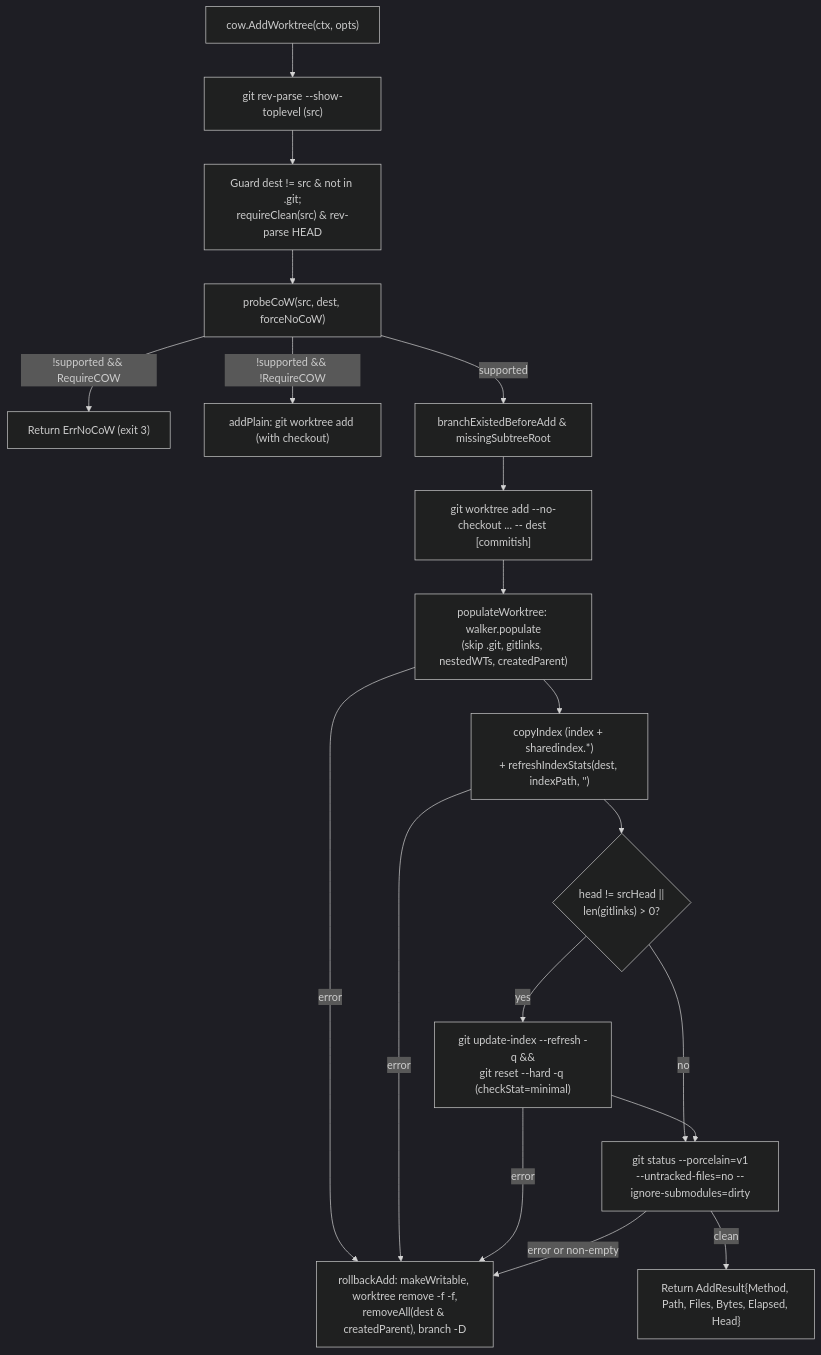
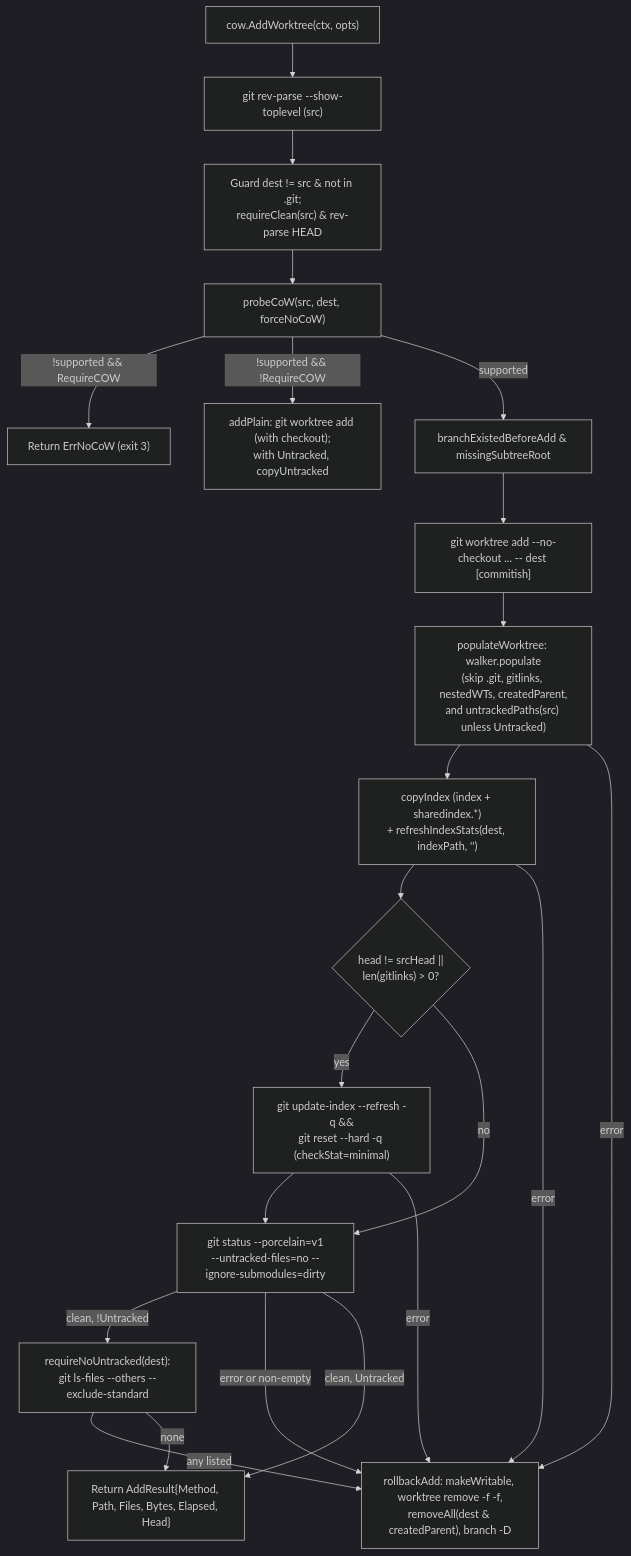
Before and after one commit to Roasbeef/git-cow: the fifth of 8 diagrams in docs/architecture.md, drawn with Mermaid (dark theme). The commit also changed other lines of this file and 1 other file, not shown here.

First line of the commit message:
docs: describe add leaving untracked files behind

````diff
--- a/docs/architecture.md
+++ b/docs/architecture.md
@@ -148,21 +148,24 @@
 ```mermaid
 flowchart TD
     Start["cow.AddWorktree(ctx, opts)"] --> Top["git rev-parse --show-toplevel (src)"]
     Top --> Clean["Guard dest != src & not in .git;<br/>requireClean(src) & rev-parse HEAD"]
     Clean --> Probe["probeCoW(src, dest, forceNoCoW)"]
     Probe -->|"!supported && RequireCOW"| NoCoW["Return ErrNoCoW (exit 3)"]
-    Probe -->|"!supported && !RequireCOW"| Plain["addPlain: git worktree add (with checkout)"]
+    Probe -->|"!supported && !RequireCOW"| Plain["addPlain: git worktree add (with checkout);<br/>with Untracked, copyUntracked"]
     Probe -->|"supported"| PreState["branchExistedBeforeAdd & missingSubtreeRoot"]
     PreState --> GitAdd["git worktree add --no-checkout ... -- dest [commitish]"]
-    GitAdd --> Walk["populateWorktree: walker.populate<br/>(skip .git, gitlinks, nestedWTs, createdParent)"]
+    GitAdd --> Walk["populateWorktree: walker.populate<br/>(skip .git, gitlinks, nestedWTs, createdParent,<br/>and untrackedPaths(src) unless Untracked)"]
     Walk --> CopyIdx["copyIndex (index + sharedindex.*)<br/>+ refreshIndexStats(dest, indexPath, '')"]
     CopyIdx --> NeedReset{"head != srcHead ||<br/>len(gitlinks) > 0?"}
     NeedReset -->|"yes"| Reset["git update-index --refresh -q &&<br/>git reset --hard -q (checkStat=minimal)"]
     NeedReset -->|"no"| Status["git status --porcelain=v1<br/>--untracked-files=no --ignore-submodules=dirty"]
     Reset --> Status
+    Status -->|"clean, !Untracked"| NoUntracked["requireNoUntracked(dest):<br/>git ls-files --others --exclude-standard"]
+    NoUntracked -->|"any listed"| Rollback
     Walk -->|"error"| Rollback["rollbackAdd: makeWritable, worktree remove -f -f,<br/>removeAll(dest & createdParent), branch -D"]
     CopyIdx -->|"error"| Rollback
     Reset -->|"error"| Rollback
     Status -->|"error or non-empty"| Rollback
-    Status -->|"clean"| Done["Return AddResult{Method, Path, Files, Bytes, Elapsed, Head}"]
+    Status -->|"clean, Untracked"| Done["Return AddResult{Method, Path, Files, Bytes, Elapsed, Head}"]
+    NoUntracked -->|"none"| Done
 ```
````
